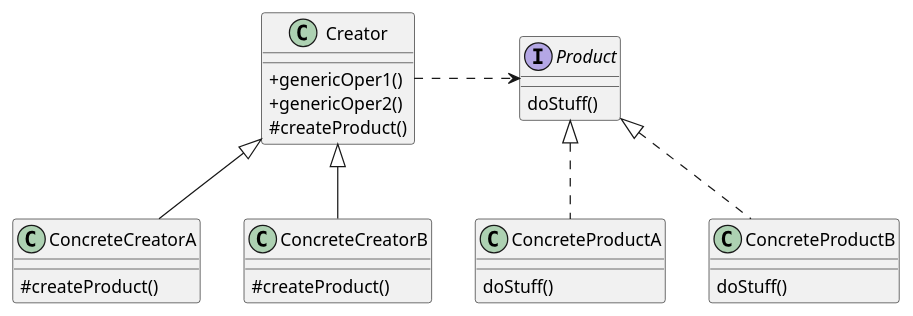
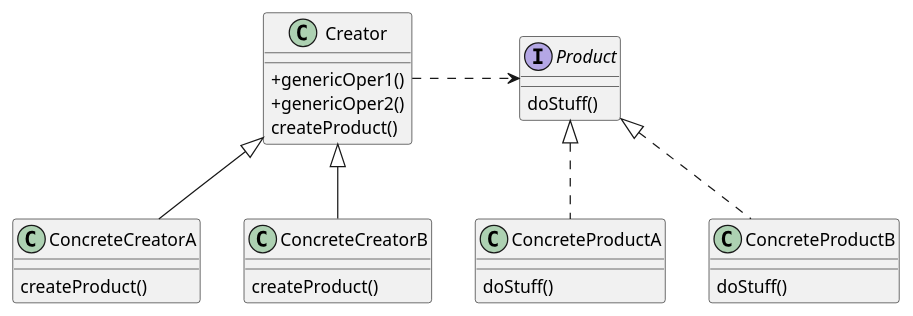
Before and after one commit to isel-leic-mpd/mpd-leirt-2023: the diagram in aula-03-13-16-painter-mvc/src/patterns/factory_method.puml, drawn with PlantUML. The commit also changed 18 other files, not shown here.

```diff
--- a/aula-03-13-16-painter-mvc/src/patterns/factory_method.puml
+++ b/aula-03-13-16-painter-mvc/src/patterns/factory_method.puml
@@ -1,36 +1,36 @@
 @startuml
 'https://plantuml.com/class-diagram
 skinparam classAttributeIconSize 0
 
 class Creator {
     +genericOper1()
     +genericOper2()
-    #createProduct()
+    createProduct()
 }
 
 interface Product {
     doStuff()
 }
 
 class ConcreteProductA {
     doStuff()
 }
 
 class ConcreteProductB {
     doStuff()
 }
 Product <|.. ConcreteProductA
 Product <|.. ConcreteProductB
 
 Creator .> Product
 class ConcreteCreatorA {
- #createProduct()
+   createProduct()
 }
 
 class ConcreteCreatorB {
- #createProduct()
+   createProduct()
 }
 
 Creator <|-- ConcreteCreatorA
 Creator <|-- ConcreteCreatorB
 @enduml
```
